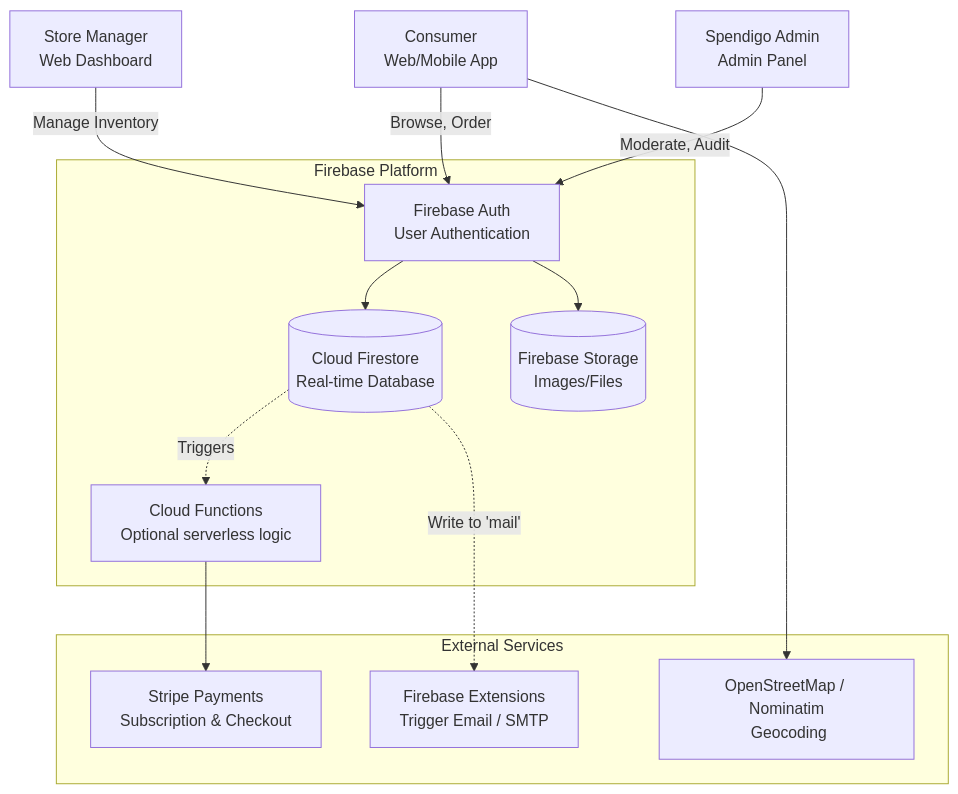
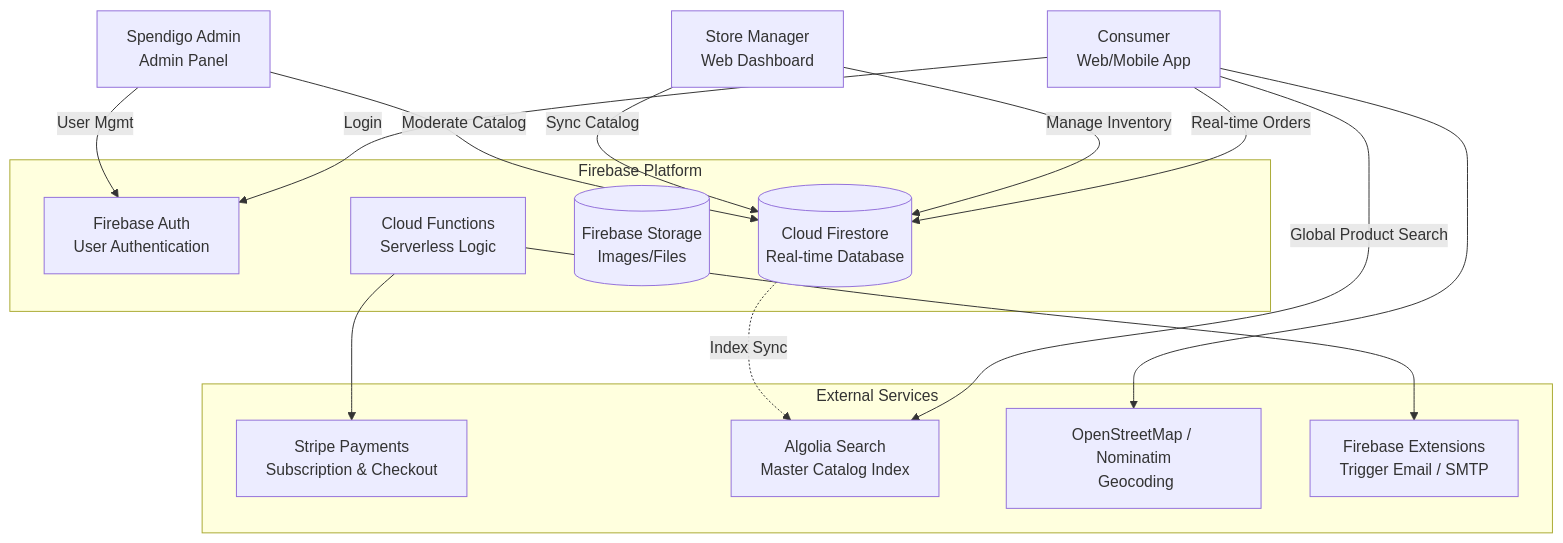
The first of 3 diagrams in docs/ARCHITECTURE.md (spendigo-admin/spendigo-v1-relational_db), drawn with Mermaid before and after one commit. The commit also changed other lines of this file and 28 other files, not shown here.

````diff
--- a/docs/ARCHITECTURE.md
+++ b/docs/ARCHITECTURE.md
@@ -16,30 +19,35 @@
 ```mermaid
 graph TB
     Consumer[Consumer<br/>Web/Mobile App]
     StoreMgr[Store Manager<br/>Web Dashboard]
     Admin[Spendigo Admin<br/>Admin Panel]
 
     subgraph Firebase Platform
         Auth[Firebase Auth<br/>User Authentication]
         Firestore[(Cloud Firestore<br/>Real-time Database)]
         Storage[(Firebase Storage<br/>Images/Files)]
-        Functions[Cloud Functions<br/>Optional serverless logic]
+        Functions[Cloud Functions<br/>Serverless Logic]
     end
 
     subgraph External Services
         Stripe[Stripe Payments<br/>Subscription & Checkout]
+        Algolia[Algolia Search<br/>Master Catalog Index]
         OSM[OpenStreetMap / Nominatim<br/> Geocoding]
         Email[Firebase Extensions<br/>Trigger Email / SMTP]
     end
 
-    Consumer -->|Browse, Order| Auth
-    StoreMgr -->|Manage Inventory| Auth
-    Admin -->|Moderate, Audit| Auth
+    Consumer -->|Login| Auth
+    Consumer -->|Real-time Orders| Firestore
+    Consumer -->|Global Product Search| Algolia
     
-    Auth --> Firestore
-    Auth --> Storage
-    Firestore -.->|Triggers| Functions
-    Firestore -.->|Write to 'mail'| Email
+    StoreMgr -->|Manage Inventory| Firestore
+    StoreMgr -->|Sync Catalog| Firestore
+    Firestore -.->|Index Sync| Algolia
+
+    Admin -->|Moderate Catalog| Firestore
+    Admin -->|User Mgmt| Auth
+    
     Functions --> Stripe
+    Functions --> Email
     Consumer --> OSM
 ```
````
